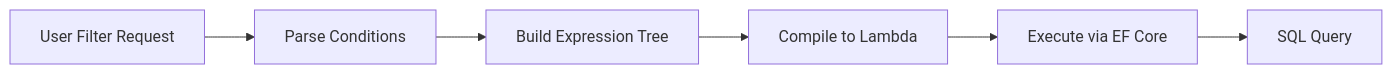
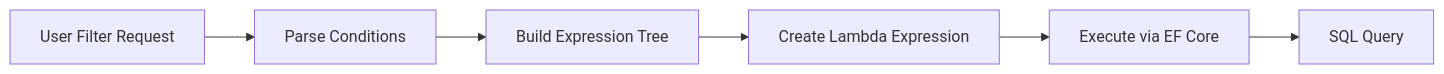
One commit to OneUptime/blog changed the diagram in posts/2026-01-25-query-builder-expression-trees-dotnet/README.md. Above: the diagram before and after it, drawn with Mermaid. The commit also changed other lines of this file and 2 other files, not shown here.

Commit message:
validate: 2026-01-25-query-builder-expression-trees-dotnet

````diff
--- a/posts/2026-01-25-query-builder-expression-trees-dotnet/README.md
+++ b/posts/2026-01-25-query-builder-expression-trees-dotnet/README.md
@@ -17,8 +17,8 @@
 ```mermaid
 flowchart LR
     A[User Filter Request] --> B[Parse Conditions]
     B --> C[Build Expression Tree]
-    C --> D[Compile to Lambda]
+    C --> D[Create Lambda Expression]
     D --> E[Execute via EF Core]
     E --> F[SQL Query]
 ```
````
